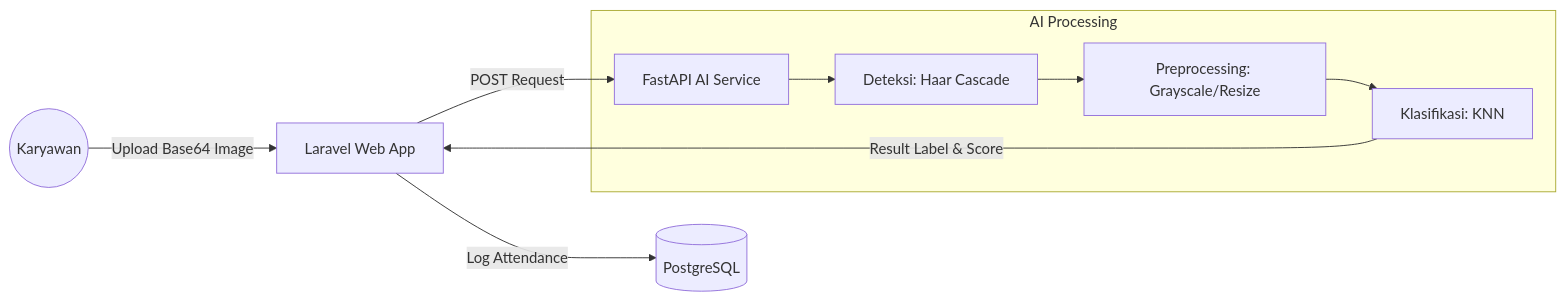
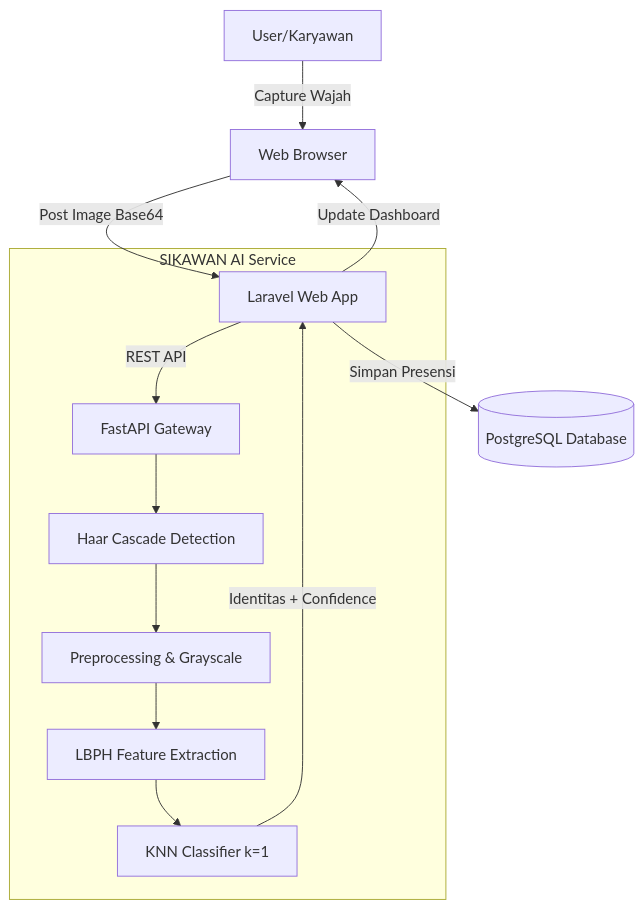
The fourth of 15 diagrams in skripsi.md (Rizky28eka/Face-Recognation), drawn with Mermaid before and after one commit. The commit also changed other lines of this file and 19 other files, not shown here.

````diff
--- a/skripsi.md
+++ b/skripsi.md
@@ -39,12 +212,15 @@
 ```mermaid
-graph LR
-    User((Karyawan)) -->|Upload Base64 Image| Laravel[Laravel Web App]
-    Laravel -->|POST Request| FastAPI[FastAPI AI Service]
-    subgraph AI Processing
-        FastAPI --> Haar[Deteksi: Haar Cascade]
-        Haar --> Pre[Preprocessing: Grayscale/Resize]
-        Pre --> KNN[Klasifikasi: KNN]
+graph TD
+    A[User/Karyawan] -->|Capture Wajah| B[Web Browser]
+    B -->|Post Image Base64| C[Laravel Web App]
+    subgraph SIKAWAN AI Service
+        C -->|REST API| D[FastAPI Gateway]
+        D --> E[Haar Cascade Detection]
+        E --> F[Preprocessing & Grayscale]
+        F --> G[LBPH Feature Extraction]
+        G --> H[KNN Classifier k=1]
     end
-    KNN -->|Result Label & Score| Laravel
-    Laravel -->|Log Attendance| DB[(PostgreSQL)]
+    H -->|Identitas + Confidence| C
+    C -->|Simpan Presensi| I[(PostgreSQL Database)]
+    C -->|Update Dashboard| B
 ```
````
